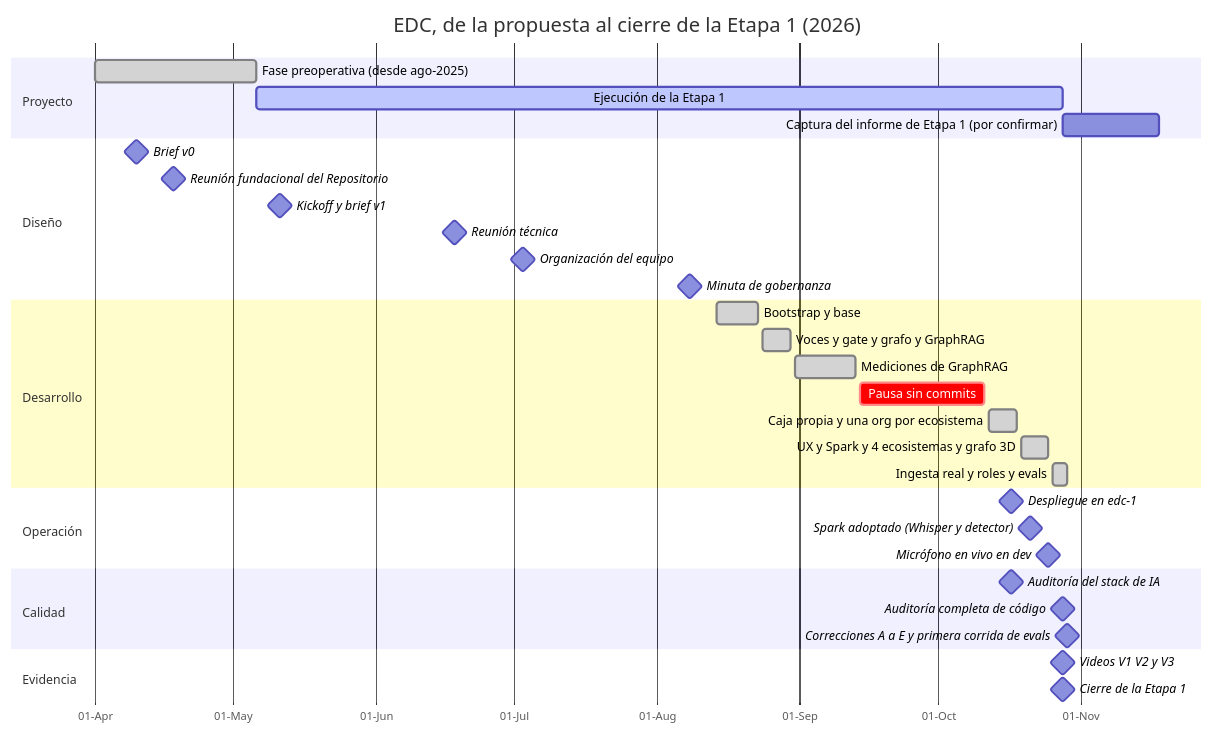
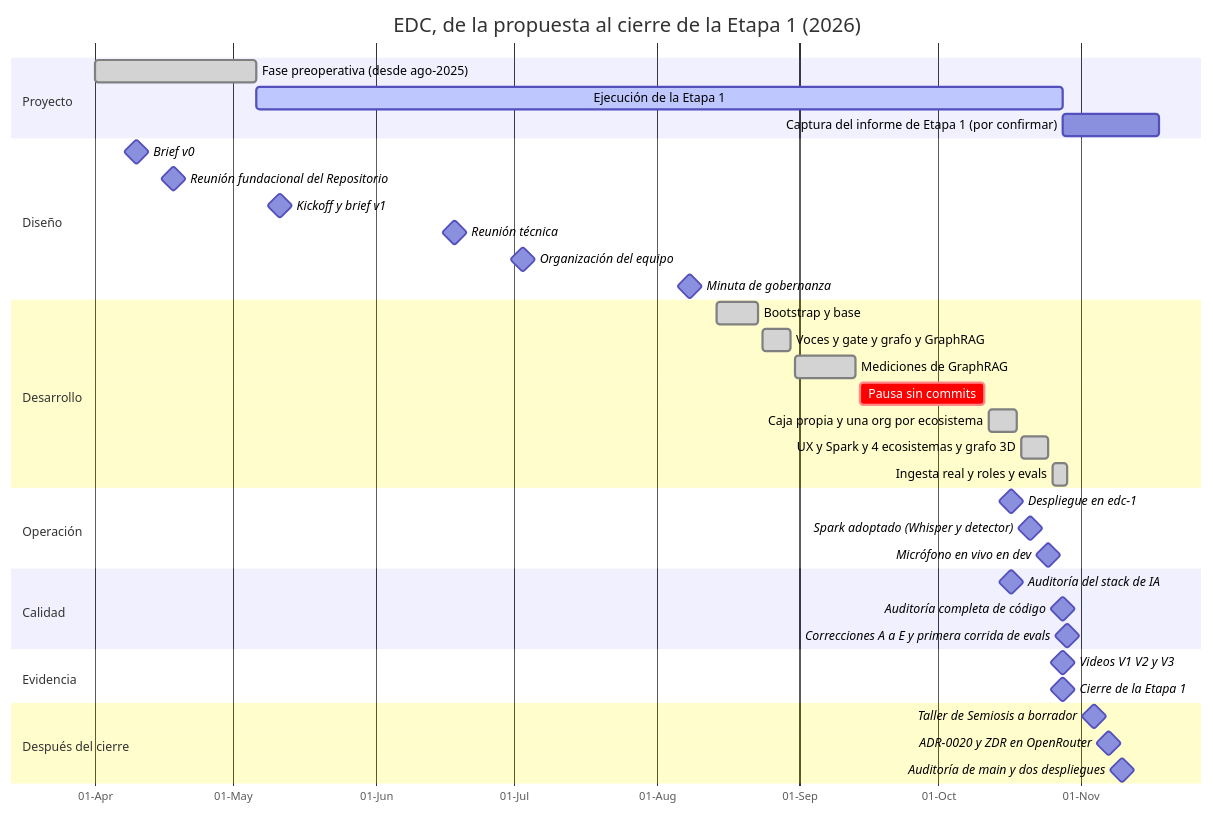
Before and after one commit to ecosistemas-de-conocimiento/ecosistemas-de-conocimiento: the diagram in docs/01-proyecto/cronologia-e-hitos.md, drawn with Mermaid. The commit also changed other lines of this file and 8 other files, not shown here.

````diff
--- a/docs/01-proyecto/cronologia-e-hitos.md
+++ b/docs/01-proyecto/cronologia-e-hitos.md
@@ -14,42 +14,47 @@
 ```mermaid
 gantt
     title EDC, de la propuesta al cierre de la Etapa 1 (2026)
     dateFormat  YYYY-MM-DD
     axisFormat  %d-%b
 
     section Proyecto
     Fase preoperativa (desde ago-2025)        :done, pre, 2026-04-01, 2026-05-06
     Ejecución de la Etapa 1                   :active, et1, 2026-05-06, 2026-10-28
     Captura del informe de Etapa 1 (por confirmar) :inf, 2026-10-28, 2026-11-18
 
     section Diseño
     Brief v0                                  :milestone, 2026-04-10, 0d
     Reunión fundacional del Repositorio       :milestone, 2026-04-18, 0d
     Kickoff y brief v1                        :milestone, 2026-05-11, 0d
     Reunión técnica                           :milestone, 2026-06-18, 0d
     Organización del equipo                   :milestone, 2026-07-03, 0d
     Minuta de gobernanza                      :milestone, 2026-08-08, 0d
 
     section Desarrollo
     Bootstrap y base                          :done, d1, 2026-08-14, 2026-08-23
     Voces y gate y grafo y GraphRAG        :done, d2, 2026-08-24, 2026-08-30
     Mediciones de GraphRAG                    :done, d3, 2026-08-31, 2026-09-13
     Pausa sin commits                         :crit, gap, 2026-09-14, 2026-10-11
     Caja propia y una org por ecosistema   :done, d4, 2026-10-12, 2026-10-18
     UX y Spark y 4 ecosistemas y grafo 3D :done, d5, 2026-10-19, 2026-10-25
     Ingesta real y roles y evals           :done, d6, 2026-10-26, 2026-10-29
 
     section Operación
     Despliegue en edc-1                       :milestone, 2026-10-17, 0d
     Spark adoptado (Whisper y detector)       :milestone, 2026-10-21, 0d
     Micrófono en vivo en dev                  :milestone, 2026-10-25, 0d
 
     section Calidad
     Auditoría del stack de IA                 :milestone, 2026-10-17, 0d
     Auditoría completa de código              :milestone, 2026-10-28, 0d
     Correcciones A a E y primera corrida de evals :milestone, 2026-10-29, 0d
 
     section Evidencia
     Videos V1 V2 y V3                      :milestone, 2026-10-28, 0d
     Cierre de la Etapa 1                      :milestone, 2026-10-28, 0d
+
+    section Después del cierre
+    Taller de Semiosis a borrador             :milestone, 2026-11-04, 0d
+    ADR-0020 y ZDR en OpenRouter              :milestone, 2026-11-07, 0d
+    Auditoría de main y dos despliegues       :milestone, 2026-11-10, 0d
 ```
````
